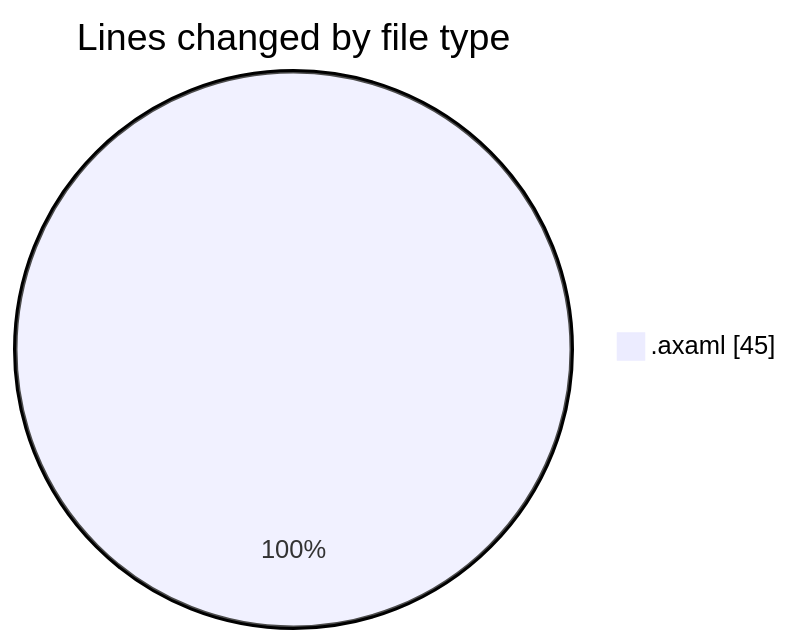
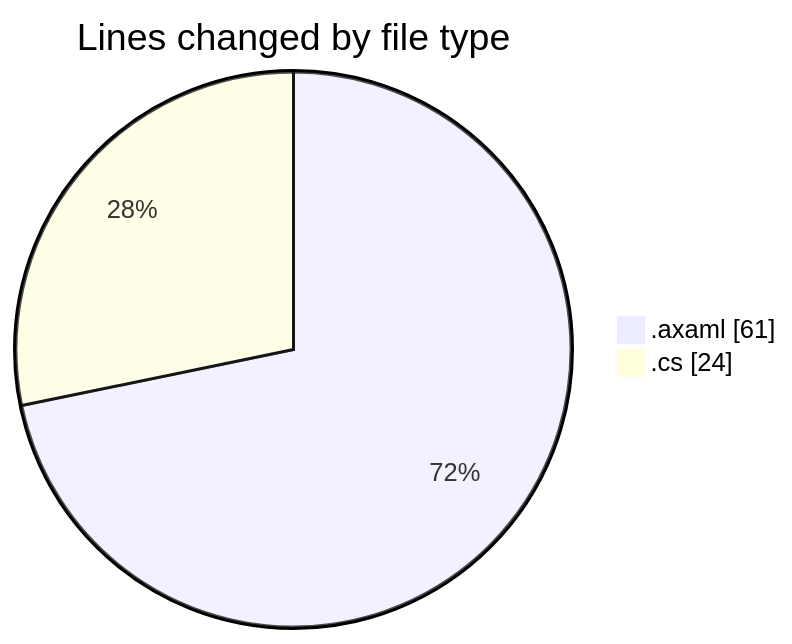
One commit to Netris89/code-tracking changed the first of 2 diagrams in 2025-10-25/skintrack/README.md. Above: the diagram before and after it, drawn with Mermaid. The commit also changed other lines of this file and 1 other file, not shown here.

````diff
--- a/2025-10-25/skintrack/README.md
+++ b/2025-10-25/skintrack/README.md
@@ -20,5 +21,6 @@
 ```mermaid
 pie showData
 title Lines changed by file type
-".axaml" : 45
+".axaml" : 61
+".cs" : 24
 ```
````
